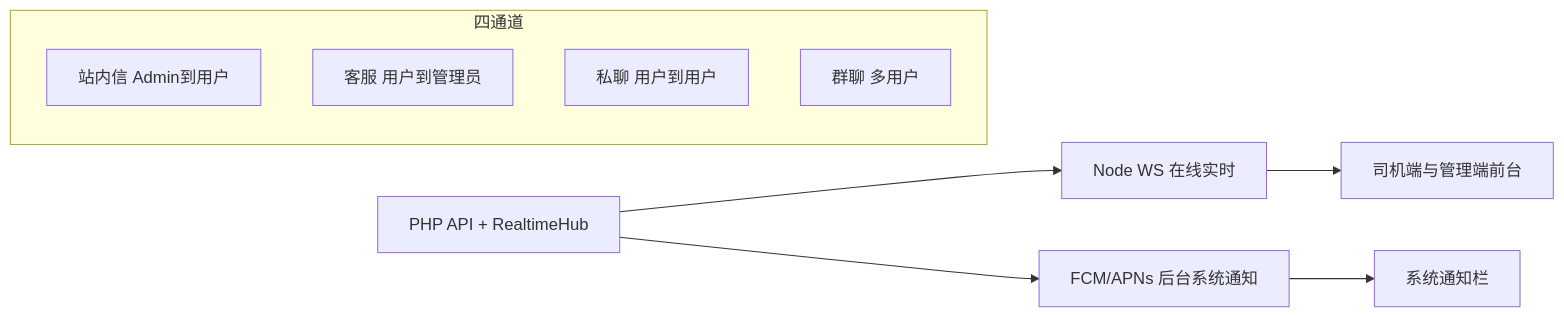
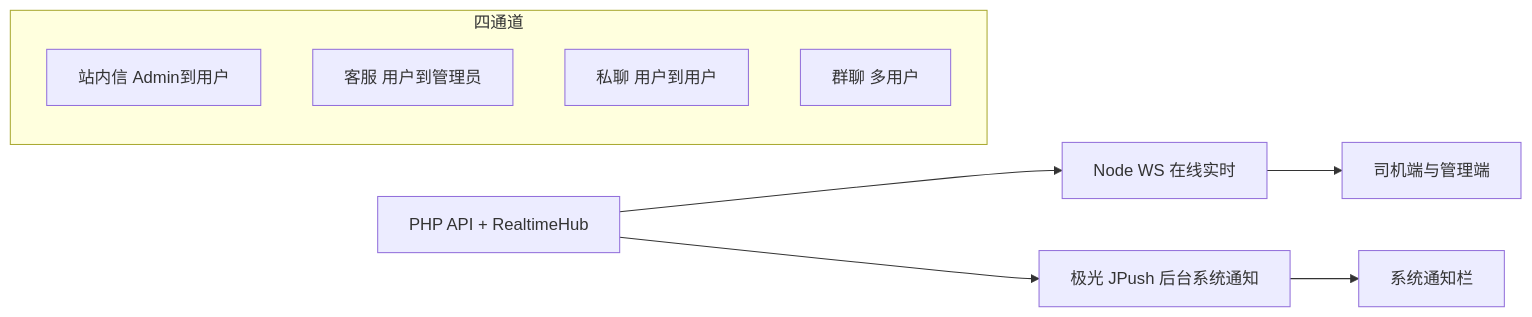
One commit to liner0211/truck-ledger-flutter changed the diagram in docs/MESSAGING.md. Above: the diagram before and after it, drawn with Mermaid. The commit also changed other lines of this file and 35 other files, not shown here.

````diff
--- a/docs/MESSAGING.md
+++ b/docs/MESSAGING.md
@@ -5,13 +5,13 @@
 ```mermaid
 flowchart LR
   subgraph channels [四通道]
     Inbox[站内信 Admin到用户]
     Support[客服 用户到管理员]
     DM[私聊 用户到用户]
     Group[群聊 多用户]
   end
   PHP[PHP API + RealtimeHub] --> WS[Node WS 在线实时]
-  PHP --> FCM[FCM/APNs 后台系统通知]
-  WS --> Apps[司机端与管理端前台]
-  FCM --> OS[系统通知栏]
+  PHP --> JP[极光 JPush 后台系统通知]
+  WS --> Apps[司机端与管理端]
+  JP --> OS[系统通知栏]
 ```
````
